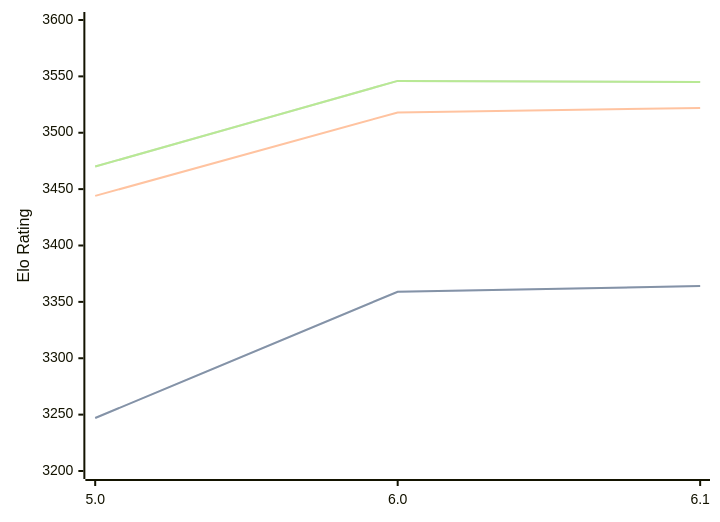
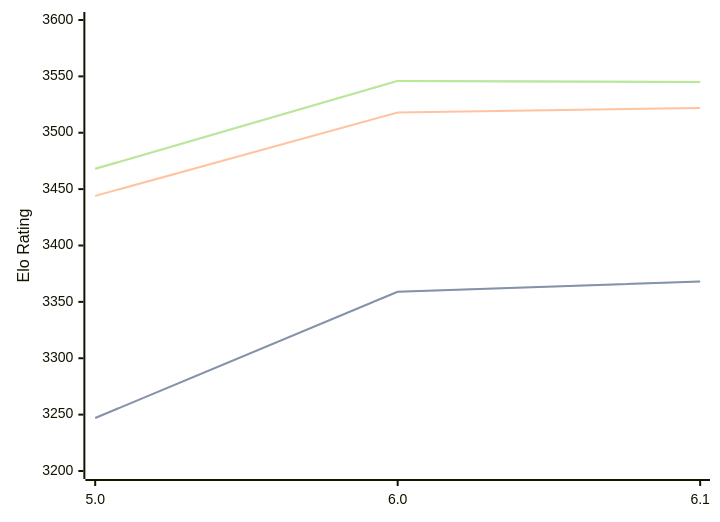
Before and after one commit to computer-chess-index/cci: the diagram in engines/Starzix.md, drawn with Mermaid. The commit also changed other lines of this file, not shown here.

Commit message:
Update CCI Ratings (ELO VLTC) - 2026-03-18

````diff
--- a/engines/Starzix.md
+++ b/engines/Starzix.md
@@ -35,11 +35,11 @@
 ```mermaid
 %%{init: {"theme":"base","themeVariables":{"seriesColors:['#a3a3a3','#222221','#faa371']}}}%%
 xychart-beta
   x-axis ["5.0", "6.0", "6.1"]
   y-axis "Elo Rating" 3200 --> 3600
-  line "STC (8.0+0.08s)" [3247, 3359, 3364]
-  line "STC (8.0+0.08s)" [3247, 3359, 3364]
+  line "STC (8.0+0.08s)" [3247, 3359, 3368]
+  line "STC (8.0+0.08s)" [3247, 3359, 3368]
   line "LTC (60.0+0.60s)" [3444, 3518, 3522]
-  line "VLTC (2m24s+1.12s)" [3470, 3546, 3545]
-  line "VLTC (2m24s+1.12s)" [3470, 3546, 3545]
+  line "VLTC (2m24s+1.12s)" [3468, 3546, 3545]
+  line "VLTC (2m24s+1.12s)" [3468, 3546, 3545]
 ```
````
